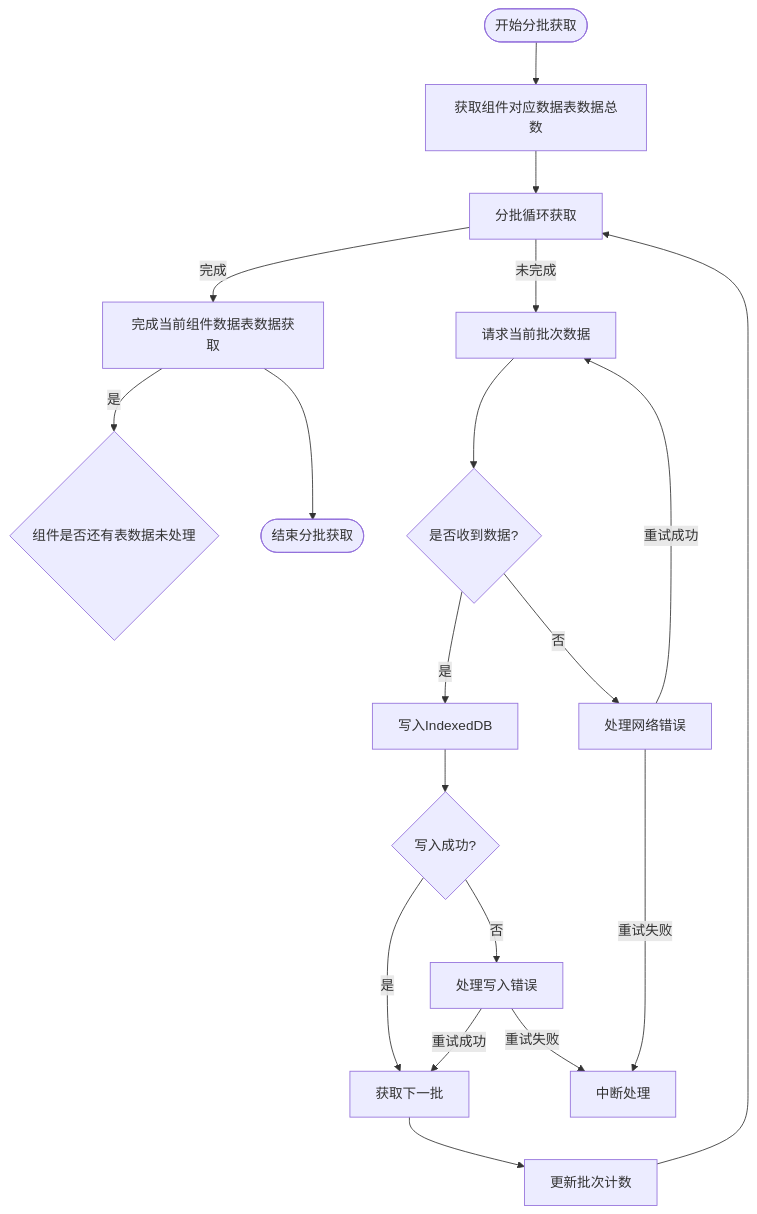
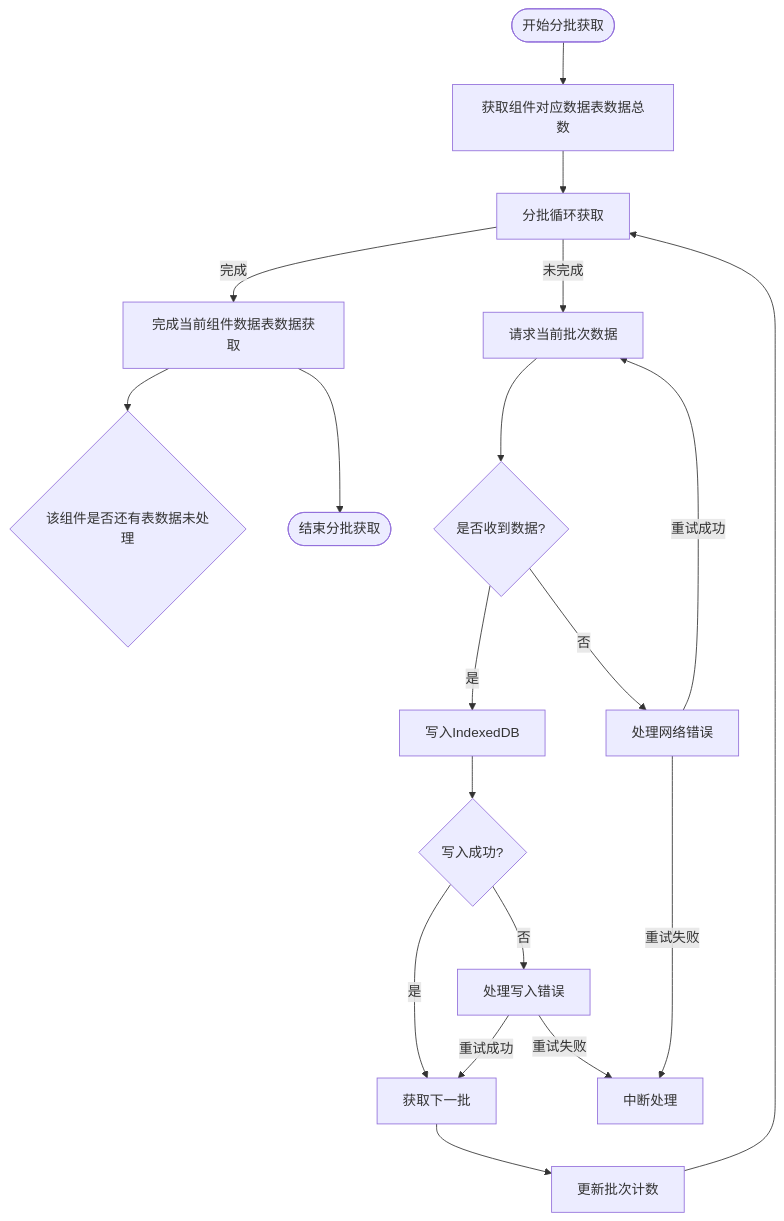
One commit to yingjianzh/iodraw-files changed the diagram in all/未命名-56.md. Above: the diagram before and after it, drawn with Mermaid.

Commit message:
2025-05-12 10:25:52 update

````diff
--- a/all/未命名-56.md
+++ b/all/未命名-56.md
@@ -1,31 +1,31 @@
 ```mermaid
 
 flowchart TD
     StartBatch([开始分批获取]) --> InitializeBatch[获取组件对应数据表数据总数]
     InitializeBatch --> CheckBatchSize[分批循环获取]
     
     CheckBatchSize -->|完成| BatchComplete[完成当前组件数据表数据获取]
 
-    BatchComplete --> |是| HasNext{组件是否还有表数据未处理}
+    BatchComplete --> HasNext{该组件是否还有表数据未处理}
     
     CheckBatchSize -->|未完成| RequestBatch[请求当前批次数据]
     RequestBatch --> ReceiveBatch{是否收到数据?}
     
     ReceiveBatch -->|是| WriteToDB[写入IndexedDB]
     
     WriteToDB --> BatchSuccess{写入成功?}
     BatchSuccess -->|是| NextBatch[获取下一批]
     BatchSuccess -->|否| HandleError[处理写入错误]
     HandleError -->|重试成功| NextBatch
     HandleError -->|重试失败| AbortProcess[中断处理]
     
     ReceiveBatch -->|否| HandleNetworkError[处理网络错误]
     HandleNetworkError -->|重试成功| RequestBatch
     HandleNetworkError -->|重试失败| AbortProcess
     
     NextBatch --> IncrementBatch[更新批次计数]
     IncrementBatch --> CheckBatchSize
     
     BatchComplete --> EndBatch([结束分批获取])
 
 ```
````
